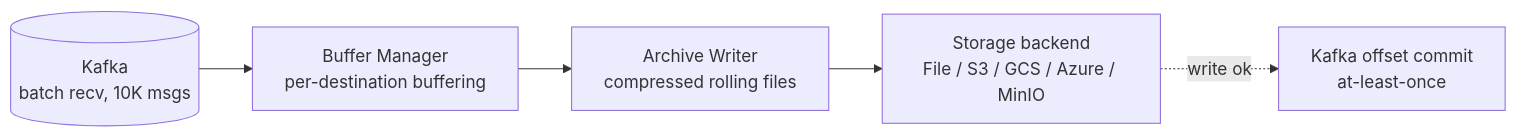
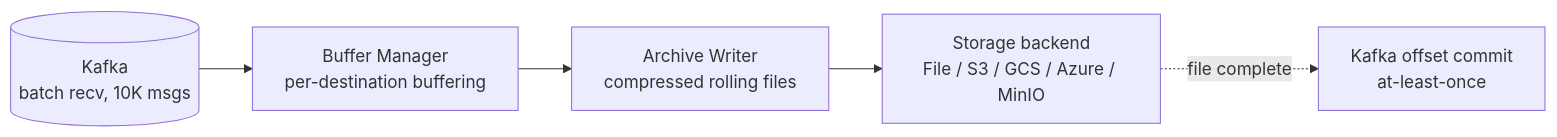
One commit to hyperi-io/dfe-archiver changed the first of 2 diagrams in README.md. Above: the diagram before and after it, drawn with Mermaid. The commit also changed other lines of this file and 52 other files, not shown here.

````diff
--- a/README.md
+++ b/README.md
@@ -30,7 +30,7 @@
 ```mermaid
 flowchart LR
     K[("Kafka<br/>batch recv, 10K msgs")] --> BM["Buffer Manager<br/>per-destination buffering"]
     BM --> AW["Archive Writer<br/>compressed rolling files"]
     AW --> ST["Storage backend<br/>File / S3 / GCS / Azure / MinIO"]
-    ST -. write ok .-> C["Kafka offset commit<br/>at-least-once"]
+    ST -. file complete .-> C["Kafka offset commit<br/>at-least-once"]
 ```
````
